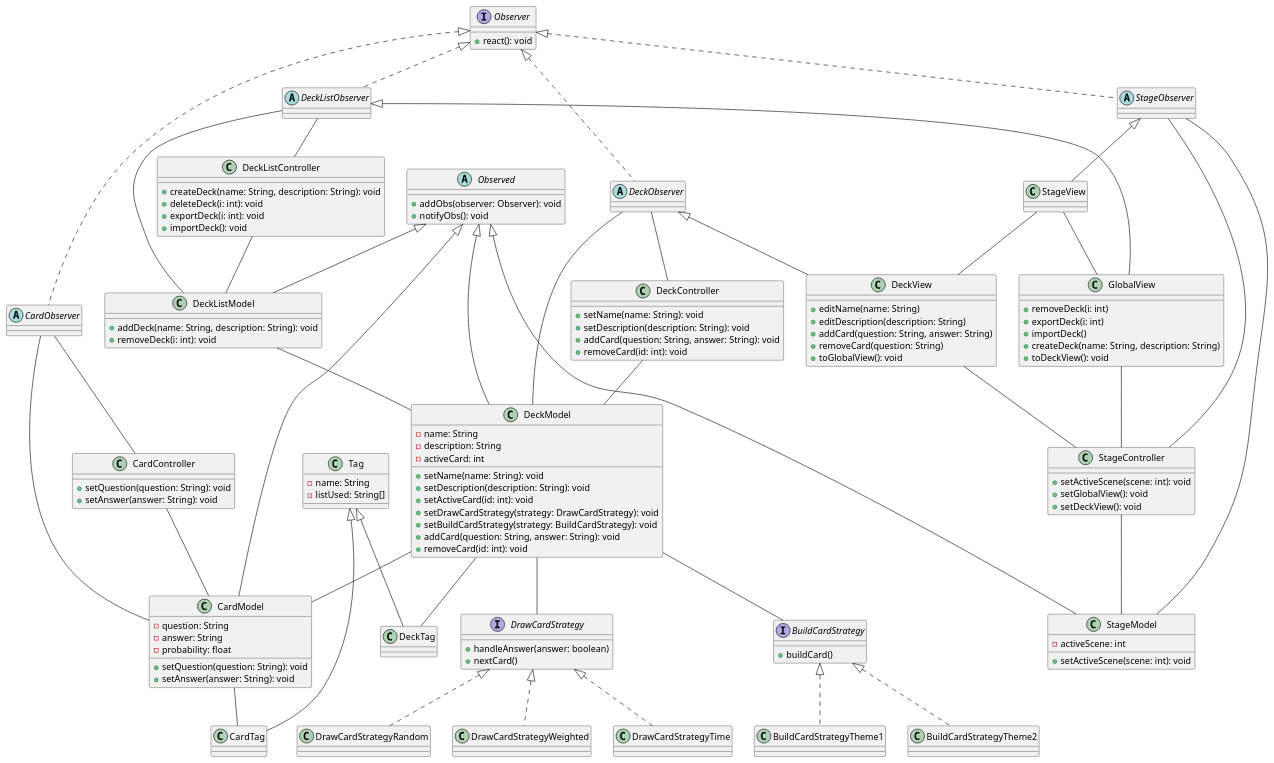
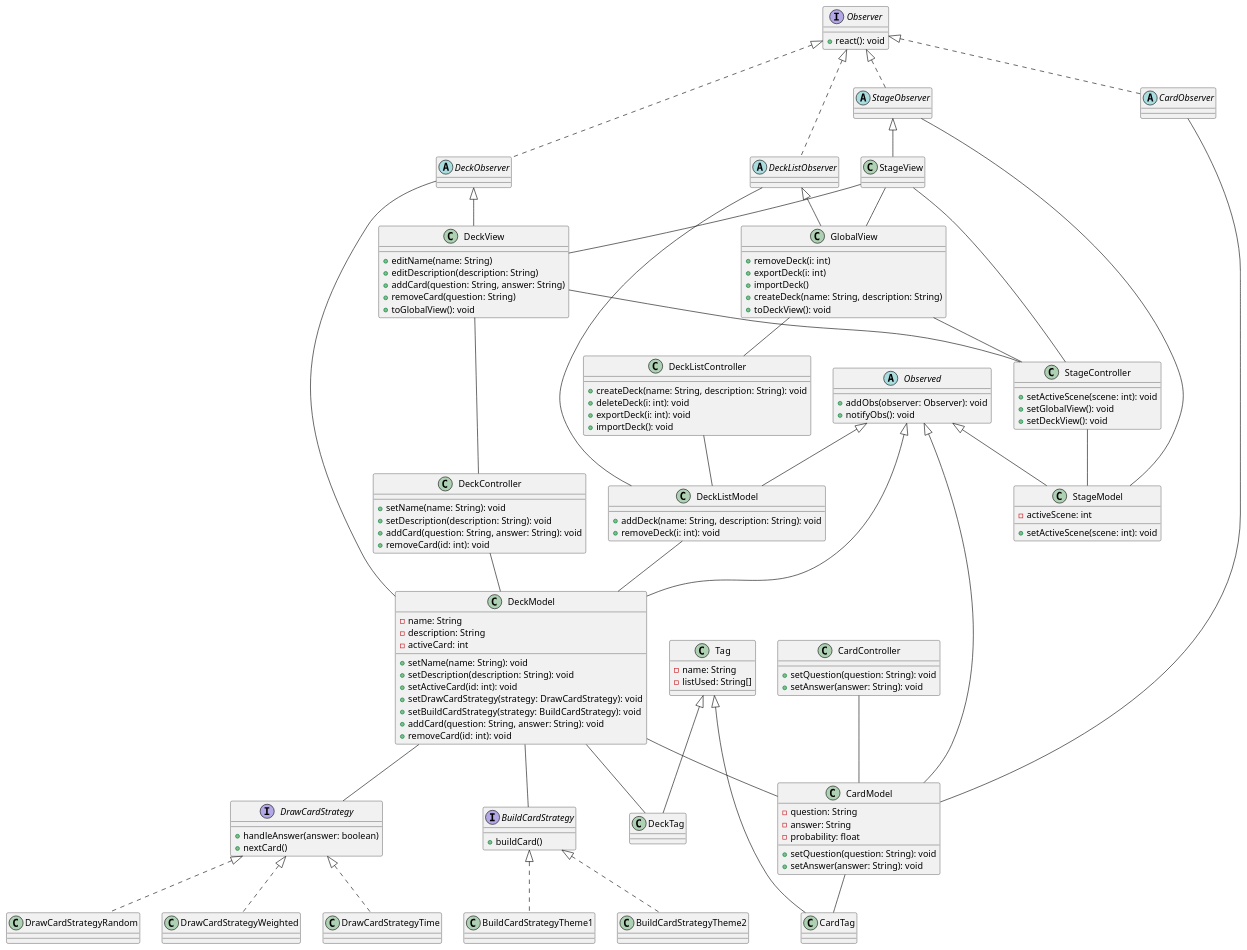
The diagram in GestionProjet/classDiagram.wsd (BigBaz54/TN_Flashcards), drawn with PlantUML before and after one commit. The commit also changed 5 other files, not shown here.

Commit message:
[~] refactoring observers + modif diagramme

```diff
--- a/GestionProjet/classDiagram.wsd
+++ b/GestionProjet/classDiagram.wsd
@@ -1,162 +1,161 @@
 @startuml
 interface Observer {
     + react(): void
 }
 
 abstract class CardObserver implements Observer {
 }
 
 abstract class DeckObserver implements Observer {
 }
 
 abstract class DeckListObserver implements Observer {
 }
 
 abstract class StageObserver implements Observer {
 }
 
 abstract class Observed {
     + addObs(observer: Observer): void
     + notifyObs(): void
 }
 
 class GlobalView extends DeckListObserver {
     + removeDeck(i: int)
     + exportDeck(i: int)
     + importDeck()
     + createDeck(name: String, description: String)
     + toDeckView(): void
 }
 
 class DeckView extends DeckObserver {
     + editName(name: String)
     + editDescription(description: String)
     + addCard(question: String, answer: String)
     + removeCard(question: String)
     + toGlobalView(): void
 }
 
 class StageView extends StageObserver {
 }
 
 class DeckListModel extends Observed {
     + addDeck(name: String, description: String): void
     + removeDeck(i: int): void
 }
 
 class DeckModel extends Observed {
     - name: String
     - description: String
     - activeCard: int
     + setName(name: String): void
     + setDescription(description: String): void
     + setActiveCard(id: int): void
     + setDrawCardStrategy(strategy: DrawCardStrategy): void
     + setBuildCardStrategy(strategy: BuildCardStrategy): void
     + addCard(question: String, answer: String): void
     + removeCard(id: int): void
 }
 
 class CardModel extends Observed {
     - question: String
     - answer: String
     - probability: float
     + setQuestion(question: String): void
     + setAnswer(answer: String): void
 }
 
 class StageModel extends Observed {
     - activeScene: int
     + setActiveScene(scene: int): void
 }
 
 class DeckListController {
     + createDeck(name: String, description: String): void
     + deleteDeck(i: int): void
     + exportDeck(i: int): void
     + importDeck(): void
 }
 
 class DeckController {
     + setName(name: String): void
     + setDescription(description: String): void
     + addCard(question: String, answer: String): void
     + removeCard(id: int): void
 }
 
 class CardController {
     + setQuestion(question: String): void
     + setAnswer(answer: String): void
 }
 
 class StageController {
     + setActiveScene(scene: int): void
     + setGlobalView(): void
     + setDeckView(): void
 }
 
 class Tag {
     - name: String
     - listUsed: String[]
 }
 
 class CardTag extends Tag {
 }
 
 class DeckTag extends Tag {
 }
 
 interface DrawCardStrategy {
     + handleAnswer(answer: boolean)
     + nextCard()
 }
 
 interface BuildCardStrategy {
     + buildCard()
 }
 
 class BuildCardStrategyTheme1 implements BuildCardStrategy {
 }
 
 class BuildCardStrategyTheme2 implements BuildCardStrategy {
 }
 
 class DrawCardStrategyRandom implements DrawCardStrategy {
 }
 
 class DrawCardStrategyWeighted implements DrawCardStrategy {
 }
 
 class DrawCardStrategyTime implements DrawCardStrategy {
 }
 
 CardObserver -- CardModel
 DeckObserver -- DeckModel
 DeckListObserver -- DeckListModel
 StageObserver -- StageModel
 
-CardObserver -- CardController
-DeckObserver -- DeckController
-DeckListObserver -- DeckListController
-StageObserver -- StageController
+GlobalView -- DeckListController
+DeckView -- DeckController
+StageView -- StageController
+GlobalView -- StageController
+DeckView -- StageController
 
 CardController -- CardModel
 DeckController -- DeckModel
 DeckListController -- DeckListModel
 StageController -- StageModel
 
 DeckModel -- DrawCardStrategy
 DeckModel -- BuildCardStrategy
 DeckModel -- CardModel
 DeckListModel -- DeckModel
 
-GlobalView -- StageController
-DeckView -- StageController
 
 StageView -- DeckView
 StageView -- GlobalView
 
 CardModel -- CardTag
 DeckModel -- DeckTag
 
 @enduml
```
